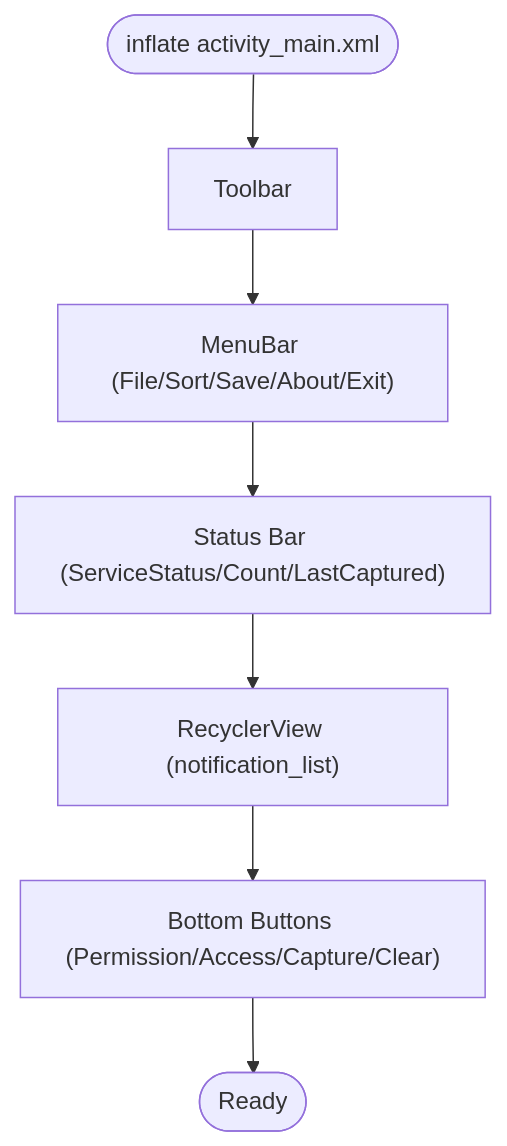
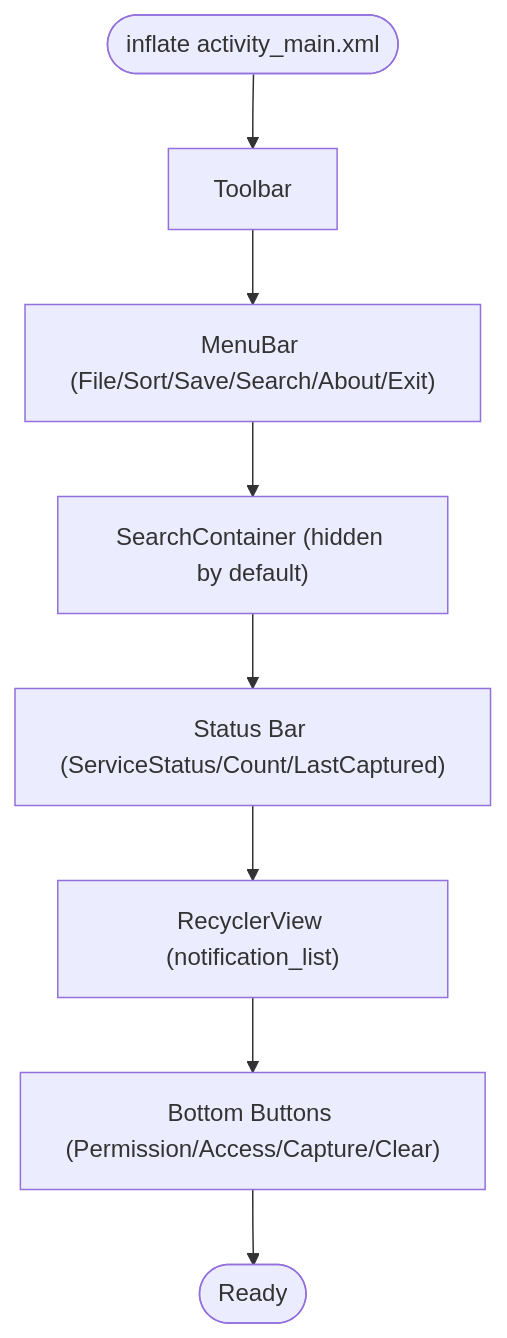
One commit to caldefoc/NotificationLog changed the fourth of 8 diagrams in .qoder/repowiki/en/content/Architecture Overview/UI Components.md. Above: the diagram before and after it, drawn with Mermaid. The commit also changed other lines of this file and 13 other files, not shown here.

Commit message:
docs(repowiki): regenerate the project wiki for 1.2  Adds Search and Bulk Operations under Core Features and splits the single Service Layer page into a directory with a Connection State Management child page. No content is dropped; the old flat page is superseded in place.

````diff
--- a/.qoder/repowiki/en/content/Architecture Overview/UI Components.md
+++ b/.qoder/repowiki/en/content/Architecture Overview/UI Components.md
@@ -159,9 +158,10 @@
 ```mermaid
 flowchart TD
 Start(["inflate activity_main.xml"]) --> T["Toolbar"]
-T --> MB["MenuBar (File/Sort/Save/About/Exit)"]
-MB --> SB["Status Bar (ServiceStatus/Count/LastCaptured)"]
+T --> MB["MenuBar (File/Sort/Save/Search/About/Exit)"]
+MB --> SC["SearchContainer (hidden by default)"]
+SC --> SB["Status Bar (ServiceStatus/Count/LastCaptured)"]
 SB --> RV["RecyclerView (notification_list)"]
 RV --> BB["Bottom Buttons (Permission/Access/Capture/Clear)"]
 BB --> End(["Ready"])
 ```
````
